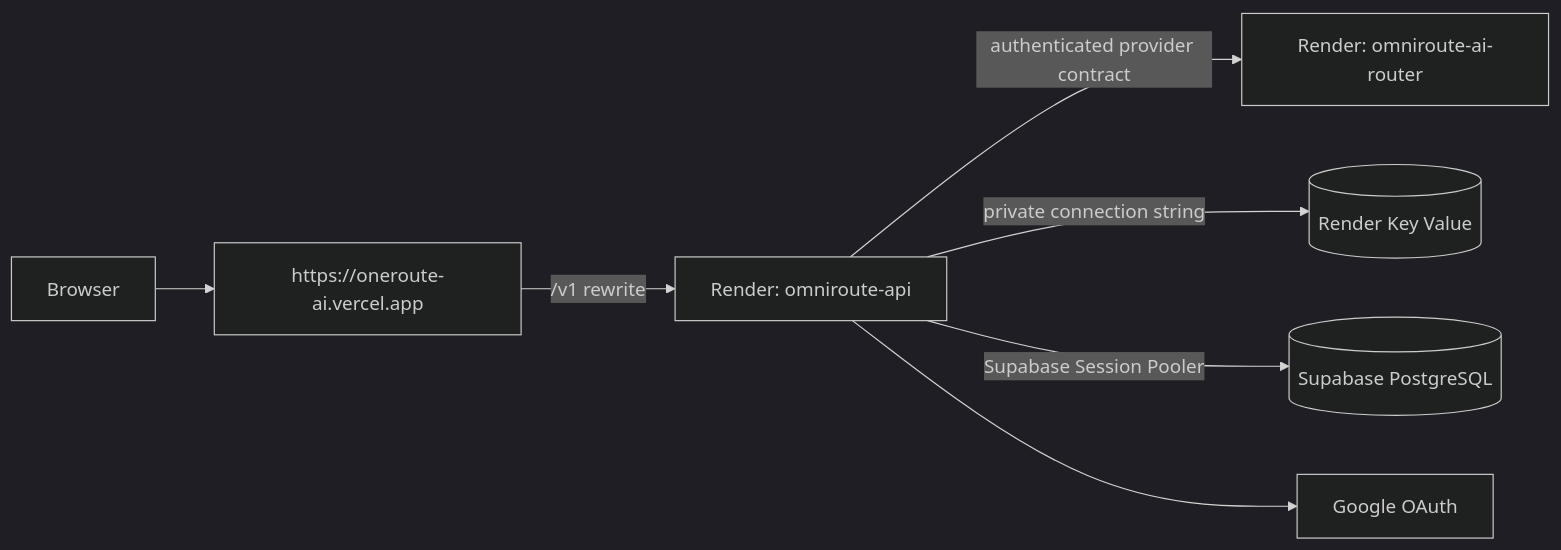
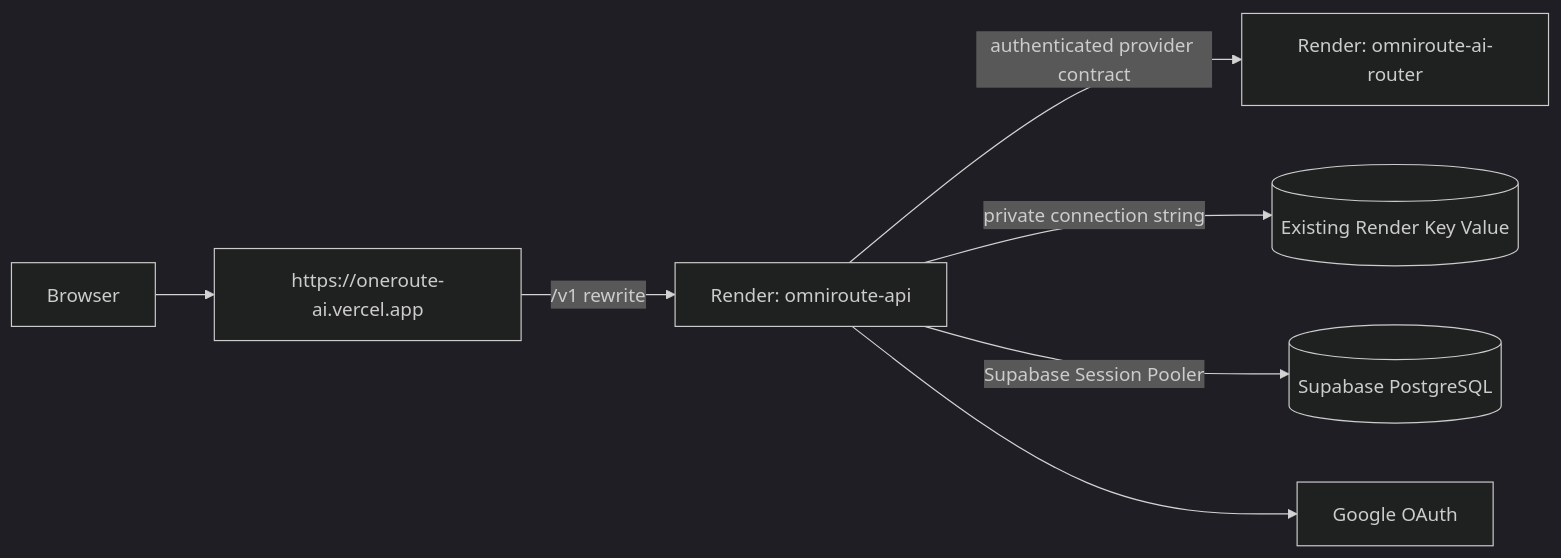
Before and after one commit to rishabh-git88/omniroute: the diagram in docs/devops/Render.md, drawn with Mermaid (dark theme). The commit also changed other lines of this file and 3 other files, not shown here.

Commit message:
fix(deploy): reuse existing Render Key Value

````diff
--- a/docs/devops/Render.md
+++ b/docs/devops/Render.md
@@ -14,9 +16,9 @@
 ```mermaid
 flowchart LR
     Browser --> Vercel[https://oneroute-ai.vercel.app]
     Vercel -->|/v1 rewrite| API[Render: omniroute-api]
     API -->|authenticated provider contract| Router[Render: omniroute-ai-router]
-    API -->|private connection string| Cache[(Render Key Value)]
+    API -->|private connection string| Cache[(Existing Render Key Value)]
     API -->|Supabase Session Pooler| Database[(Supabase PostgreSQL)]
     API --> Google[Google OAuth]
 ```
````
